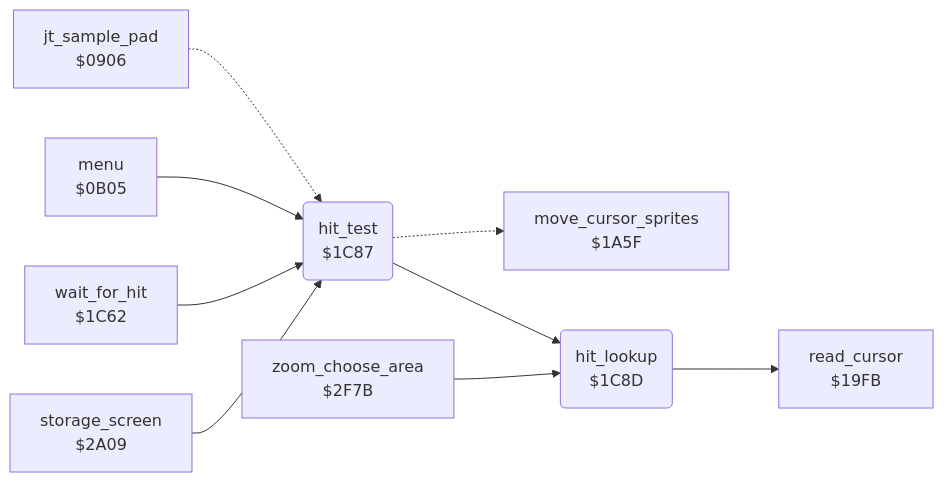
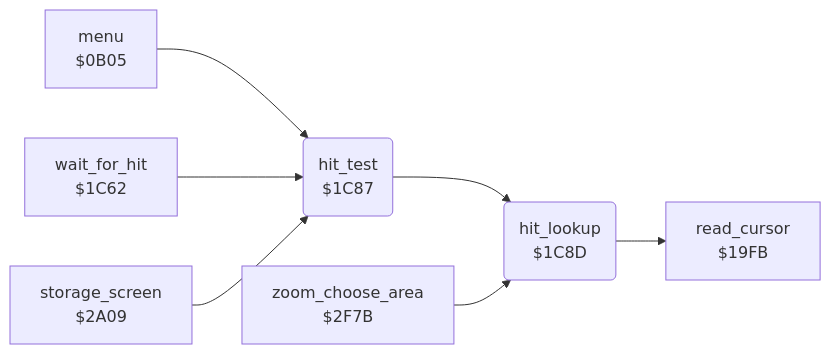
Before and after one commit to henols/c64_games: the diagram in koala_painter/v2/docs/reference/modules/input/hit_test_1c85.md, drawn with Mermaid. The commit also changed other lines of this file and 1100 other files, not shown here.

````diff
--- a/koala_painter/v2/docs/reference/modules/input/hit_test_1c85.md
+++ b/koala_painter/v2/docs/reference/modules/input/hit_test_1c85.md
@@ -10,20 +18,16 @@
 ```mermaid
 flowchart LR
-  n0906["jt_sample_pad<br/>$0906"]
   n0b05["menu<br/>$0B05"]
   n19fb["read_cursor<br/>$19FB"]
-  n1a5f["move_cursor_sprites<br/>$1A5F"]
   n1c62["wait_for_hit<br/>$1C62"]
   n1c87("hit_test<br/>$1C87")
   n1c8d("hit_lookup<br/>$1C8D")
   n2a09["storage_screen<br/>$2A09"]
   n2f7b["zoom_choose_area<br/>$2F7B"]
-  n0906 -.-> n1c87
   n0b05 --> n1c87
   n1c62 --> n1c87
-  n1c87 -.-> n1a5f
   n1c87 --> n1c8d
   n1c8d --> n19fb
   n2a09 --> n1c87
   n2f7b --> n1c8d
 ```
````
